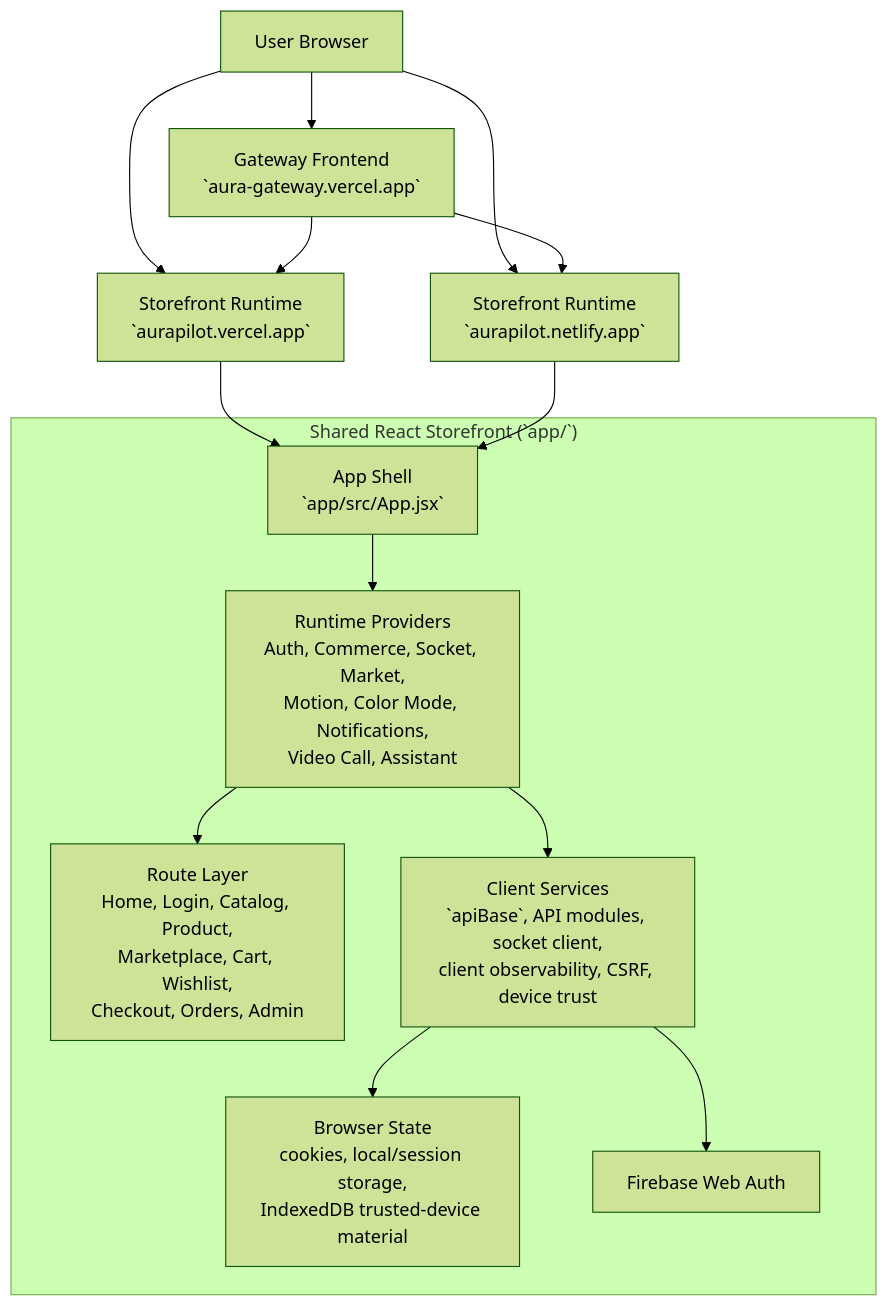
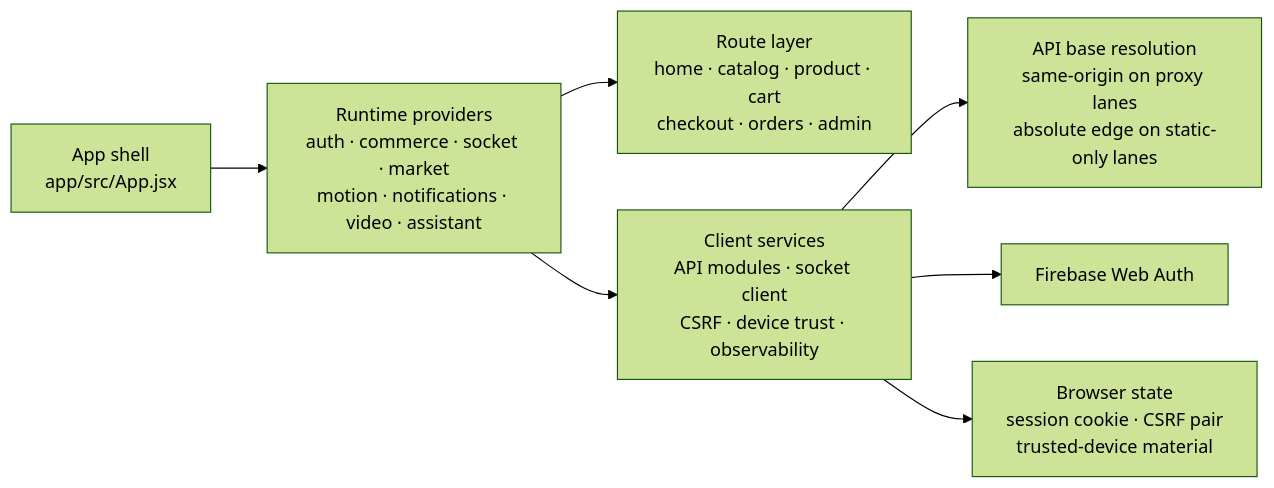
Before and after one commit to MdSaifulIslamMSI/Aura: the second of 4 diagrams in docs/system-architecture.md, drawn with Mermaid (forest theme). The commit also changed other lines of this file and 4 other files, not shown here.

First line of the commit message:
docs: rebuild the production runtime map and architecture page (#723)

````diff
--- a/docs/system-architecture.md
+++ b/docs/system-architecture.md
@@ -12,31 +124,17 @@
 ```mermaid
-flowchart TD
-    User["User Browser"]
-    Gateway["Gateway Frontend<br/>`aura-gateway.vercel.app`"]
-    VercelRuntime["Storefront Runtime<br/>`aurapilot.vercel.app`"]
-    NetlifyRuntime["Storefront Runtime<br/>`aurapilot.netlify.app`"]
+flowchart LR
+    Shell["App shell<br/>app/src/App.jsx"]
+    Providers["Runtime providers<br/>auth · commerce · socket · market<br/>motion · notifications · video · assistant"]
+    Routes["Route layer<br/>home · catalog · product · cart<br/>checkout · orders · admin"]
+    Services["Client services<br/>API modules · socket client<br/>CSRF · device trust · observability"]
+    Resolve["API base resolution<br/>same-origin on proxy lanes<br/>absolute edge on static-only lanes"]
+    Firebase["Firebase Web Auth"]
+    State["Browser state<br/>session cookie · CSRF pair<br/>trusted-device material"]
 
-    User --> Gateway
-    User --> VercelRuntime
-    User --> NetlifyRuntime
-    Gateway --> VercelRuntime
-    Gateway --> NetlifyRuntime
-
-    subgraph Storefront["Shared React Storefront (`app/`)"]
-        AppShell["App Shell<br/>`app/src/App.jsx`"]
-        Providers["Runtime Providers<br/>Auth, Commerce, Socket, Market,<br/>Motion, Color Mode, Notifications,<br/>Video Call, Assistant"]
-        Routes["Route Layer<br/>Home, Login, Catalog, Product,<br/>Marketplace, Cart, Wishlist,<br/>Checkout, Orders, Admin"]
-        ClientServices["Client Services<br/>`apiBase`, API modules, socket client,<br/>client observability, CSRF, device trust"]
-        BrowserState["Browser State<br/>cookies, local/session storage,<br/>IndexedDB trusted-device material"]
-        FirebaseClient["Firebase Web Auth"]
-
-        AppShell --> Providers
-        Providers --> Routes
-        Providers --> ClientServices
-        ClientServices --> FirebaseClient
-        ClientServices --> BrowserState
-    end
-
-    VercelRuntime --> AppShell
-    NetlifyRuntime --> AppShell
+    Shell --> Providers
+    Providers --> Routes
+    Providers --> Services
+    Services --> Resolve
+    Services --> Firebase
+    Services --> State
 ```
````
